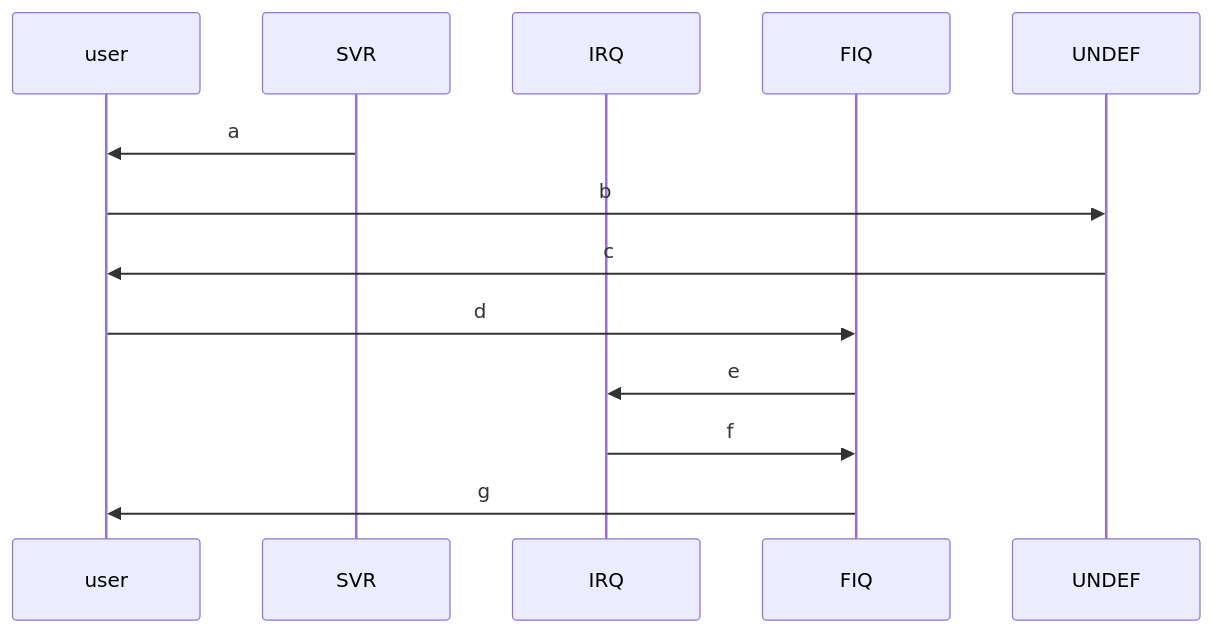
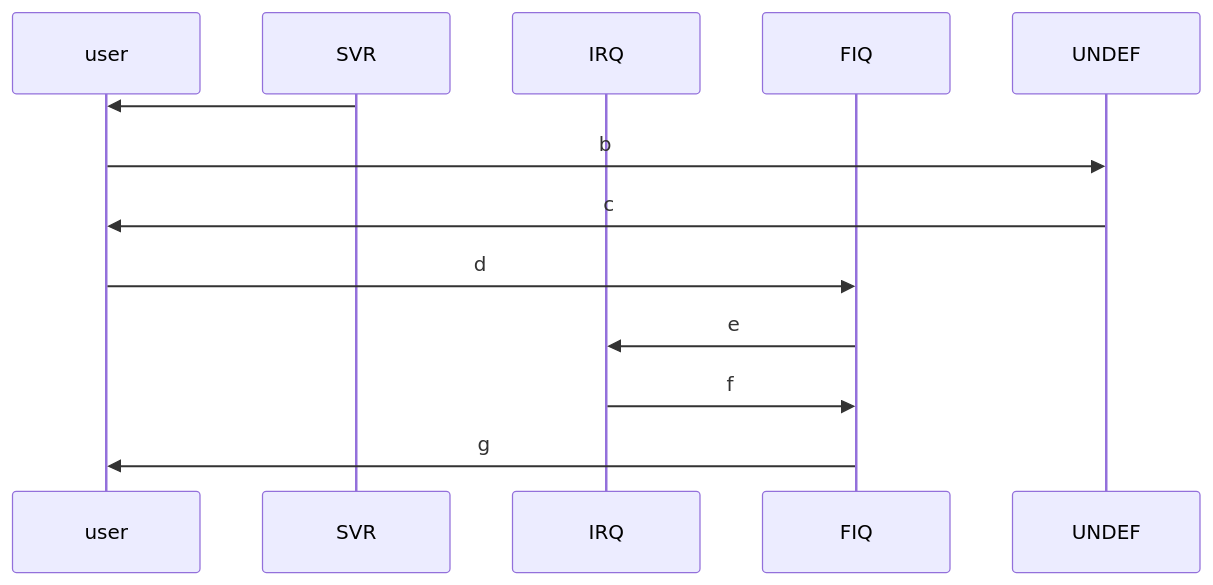
Before and after one commit to nicolasauler/labproc: the diagram in README.md, drawn with Mermaid.

Commit message:
Trying to remove label.

````diff
--- a/README.md
+++ b/README.md
@@ -295,15 +295,15 @@
 ```mermaid
 sequenceDiagram
     participant user
     participant SVR
     participant IRQ
     participant FIQ
     participant UNDEF
-    SVR->>user: a
+    SVR->>user: 
     user->>UNDEF: b
     UNDEF->>user: c
     user->>FIQ: d
     FIQ->>IRQ: e
     IRQ->>FIQ: f
     FIQ->>user: g
 ```
````
